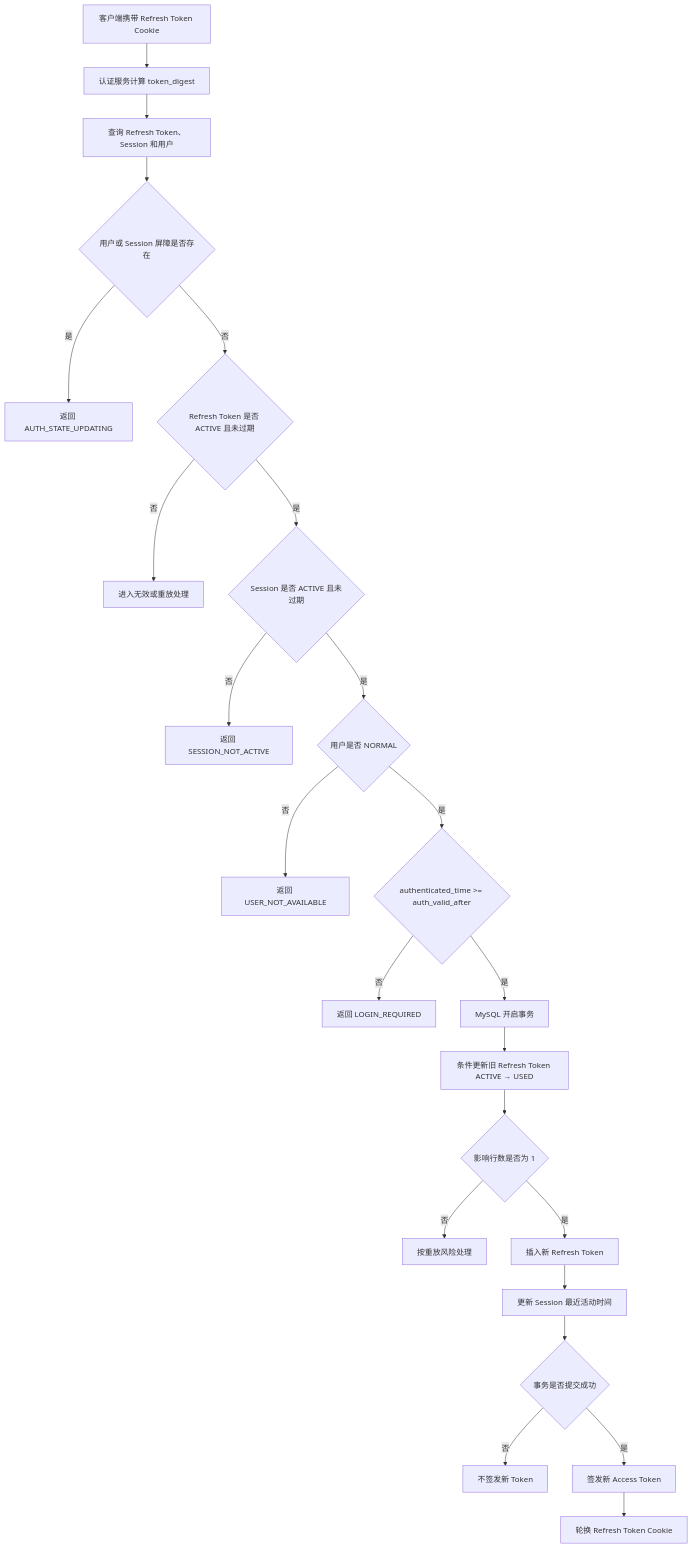
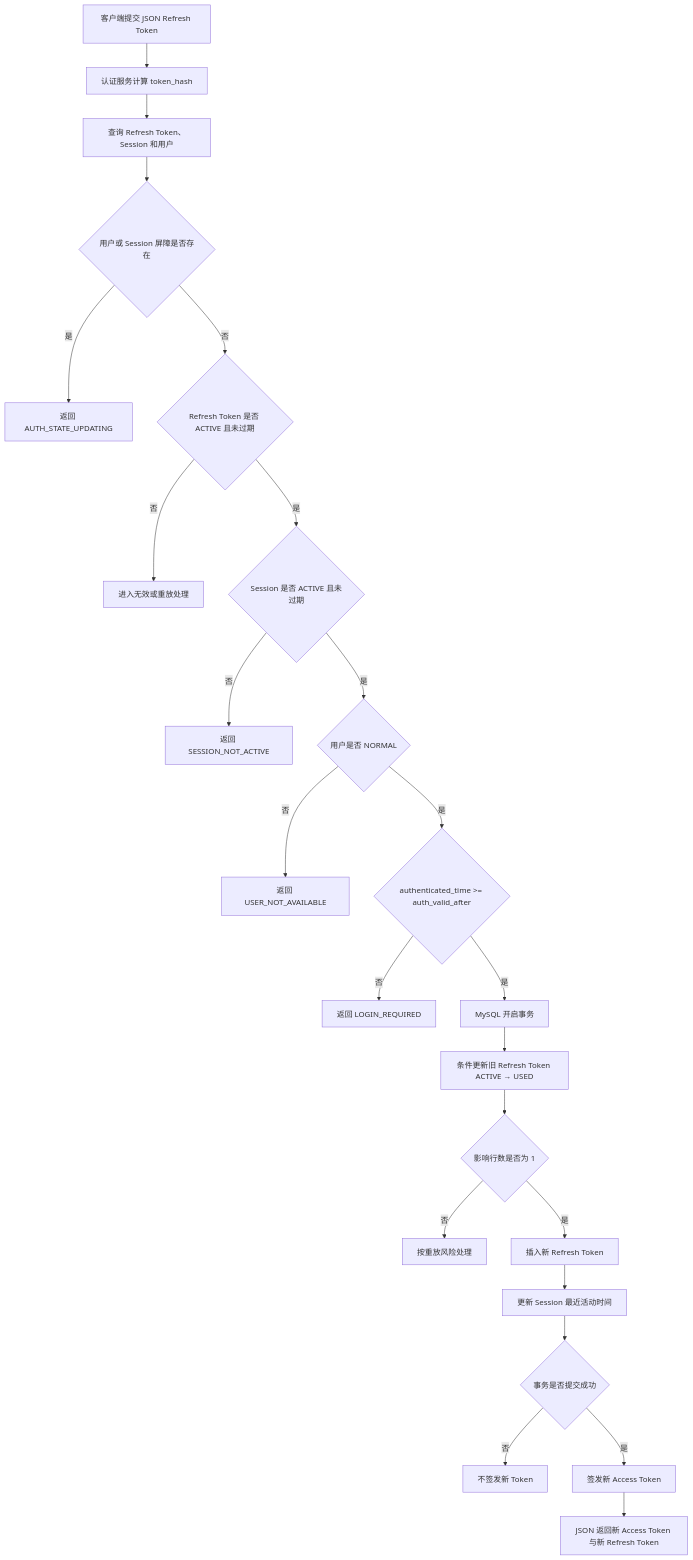
One commit to scutll/EveryPicFound changed the fourth of 8 diagrams in docs/modules/EveryPicFound_用户与认证模块设计.md. Above: the diagram before and after it, drawn with Mermaid. The commit also changed other lines of this file and 18 other files, not shown here.

````diff
--- a/docs/modules/EveryPicFound_用户与认证模块设计.md
+++ b/docs/modules/EveryPicFound_用户与认证模块设计.md
@@ -393,25 +393,25 @@
 ```mermaid
 flowchart TD
-    A["客户端携带 Refresh Token Cookie"] --> B["认证服务计算 token_digest"]
+    A["客户端提交 JSON Refresh Token"] --> B["认证服务计算 token_hash"]
     B --> C["查询 Refresh Token、Session 和用户"]
     C --> D{"用户或 Session 屏障是否存在"}
     D -- 是 --> D1["返回 AUTH_STATE_UPDATING"]
     D -- 否 --> E{"Refresh Token 是否 ACTIVE 且未过期"}
     E -- 否 --> E1["进入无效或重放处理"]
     E -- 是 --> F{"Session 是否 ACTIVE 且未过期"}
     F -- 否 --> F1["返回 SESSION_NOT_ACTIVE"]
     F -- 是 --> G{"用户是否 NORMAL"}
     G -- 否 --> G1["返回 USER_NOT_AVAILABLE"]
     G -- 是 --> H{"authenticated_time >= auth_valid_after"}
     H -- 否 --> H1["返回 LOGIN_REQUIRED"]
     H -- 是 --> I["MySQL 开启事务"]
     I --> J["条件更新旧 Refresh Token ACTIVE → USED"]
     J --> K{"影响行数是否为 1"}
     K -- 否 --> K1["按重放风险处理"]
     K -- 是 --> L["插入新 Refresh Token"]
     L --> M["更新 Session 最近活动时间"]
     M --> N{"事务是否提交成功"}
     N -- 否 --> N1["不签发新 Token"]
     N -- 是 --> O["签发新 Access Token"]
-    O --> P["轮换 Refresh Token Cookie"] 
+    O --> P["JSON 返回新 Access Token 与新 Refresh Token"]
 ```
````
